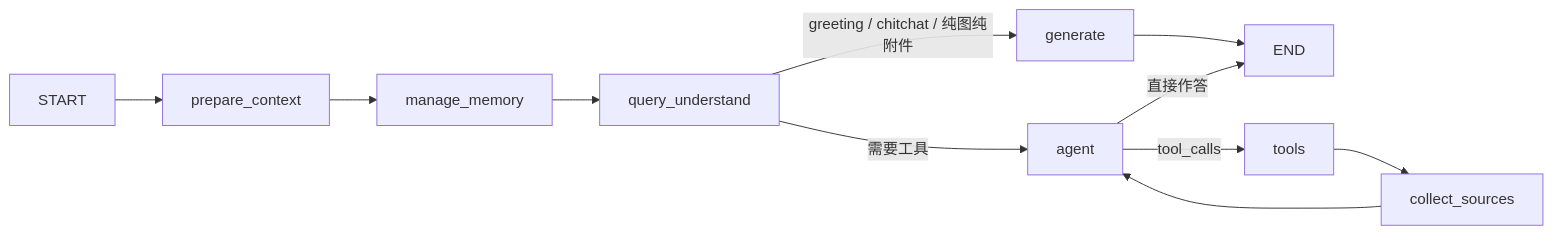
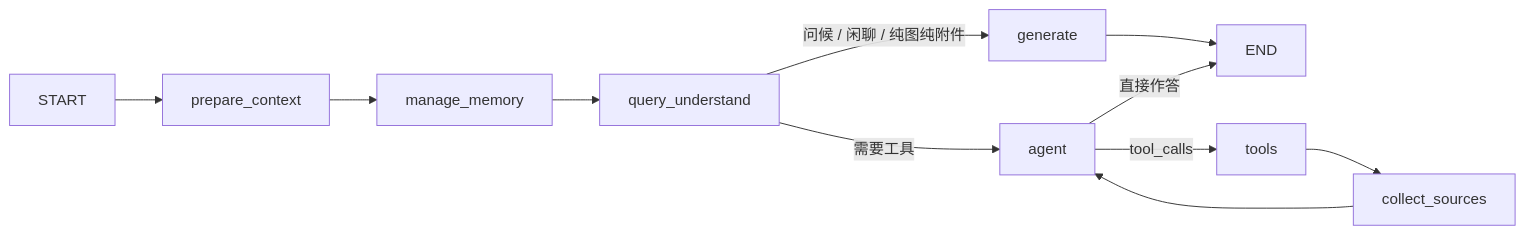
One commit to lisuhang11/KnowSphere changed the diagram in README.md. Above: the diagram before and after it, drawn with Mermaid. The commit also changed other lines of this file, not shown here.

````diff
--- a/README.md
+++ b/README.md
@@ -10,8 +10,8 @@
 ```mermaid
 flowchart LR
   START --> prepare_context --> manage_memory --> query_understand
-  query_understand -->|greeting / chitchat / 纯图纯附件| generate --> END
+  query_understand -->|问候 / 闲聊 / 纯图纯附件| generate --> END
   query_understand -->|需要工具| agent
   agent -->|tool_calls| tools --> collect_sources --> agent
   agent -->|直接作答| END
 ```
````
